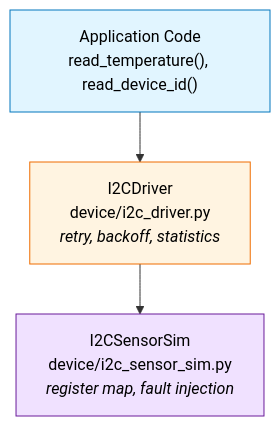
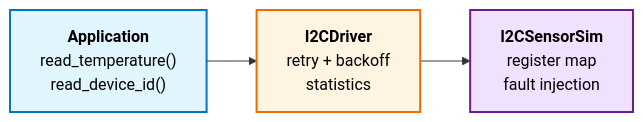
Before and after one commit to Duke-Tang/stm32-i2c-sensor-autotest: the diagram in README.md, drawn with Mermaid. The commit also changed other lines of this file, not shown here.

````diff
--- a/README.md
+++ b/README.md
@@ -45,10 +45,12 @@
 ```mermaid
-flowchart TD
-    A["Application Code<br/>read_temperature(), read_device_id()"] --> B
-    B["I2CDriver<br/>device/i2c_driver.py<br/><i>retry, backoff, statistics</i>"] --> C
-    C["I2CSensorSim<br/>device/i2c_sensor_sim.py<br/><i>register map, fault injection</i>"]
+flowchart LR
+    A["<b>Application</b><br/>read_temperature()<br/>read_device_id()"]
+    B["<b>I2CDriver</b><br/>retry + backoff<br/>statistics"]
+    C["<b>I2CSensorSim</b><br/>register map<br/>fault injection"]
     
-    style A fill:#e1f5ff,stroke:#0277bd,color:#000
-    style B fill:#fff4e1,stroke:#ef6c00,color:#000
-    style C fill:#f0e1ff,stroke:#6a1b9a,color:#000
+    A --> B --> C
+    
+    style A fill:#e1f5ff,stroke:#0277bd,stroke-width:2px,color:#000
+    style B fill:#fff4e1,stroke:#ef6c00,stroke-width:2px,color:#000
+    style C fill:#f0e1ff,stroke:#6a1b9a,stroke-width:2px,color:#000
 ```
````
